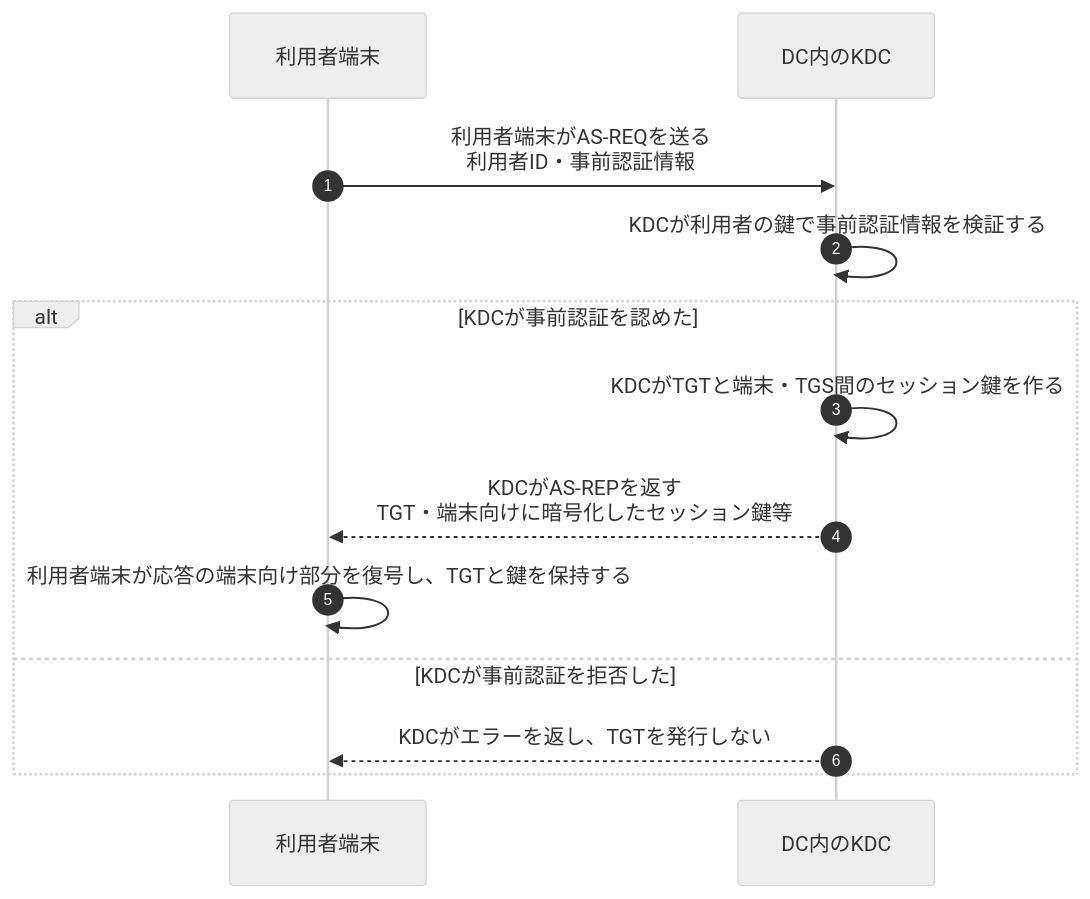
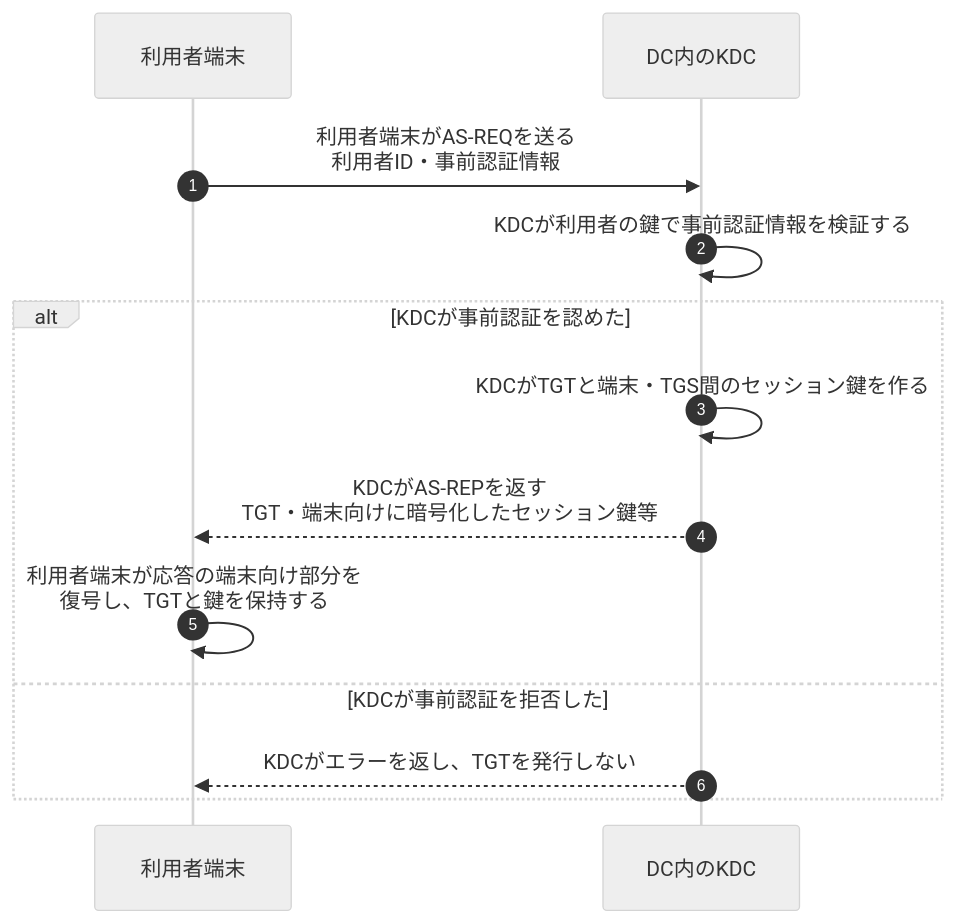
Before and after one commit to ryusuke2003/security-specialist-study: the first of 2 diagrams in 復習用/流れ図/ActiveDirectoryとKerberosのチケット認証.md, drawn with Mermaid (neutral theme). The commit also changed other lines of this file and 7 other files, not shown here.

Commit message:
図の折り返しと認証失敗時の前提を整え検証結果と導線を更新

````diff
--- a/復習用/流れ図/ActiveDirectoryとKerberosのチケット認証.md
+++ b/復習用/流れ図/ActiveDirectoryとKerberosのチケット認証.md
@@ -11,16 +11,16 @@
 ```mermaid
 sequenceDiagram
     autonumber
     participant C as 利用者端末
     participant K as DC内のKDC
 
     C->>K: 利用者端末がAS-REQを送る<br/>利用者ID・事前認証情報
     K->>K: KDCが利用者の鍵で事前認証情報を検証する
     alt KDCが事前認証を認めた
         K->>K: KDCがTGTと端末・TGS間のセッション鍵を作る
         K-->>C: KDCがAS-REPを返す<br/>TGT・端末向けに暗号化したセッション鍵等
-        C->>C: 利用者端末が応答の端末向け部分を復号し、TGTと鍵を保持する
+        C->>C: 利用者端末が応答の端末向け部分を<br/>復号し、TGTと鍵を保持する
     else KDCが事前認証を拒否した
         K-->>C: KDCがエラーを返し、TGTを発行しない
     end
 ```
````
